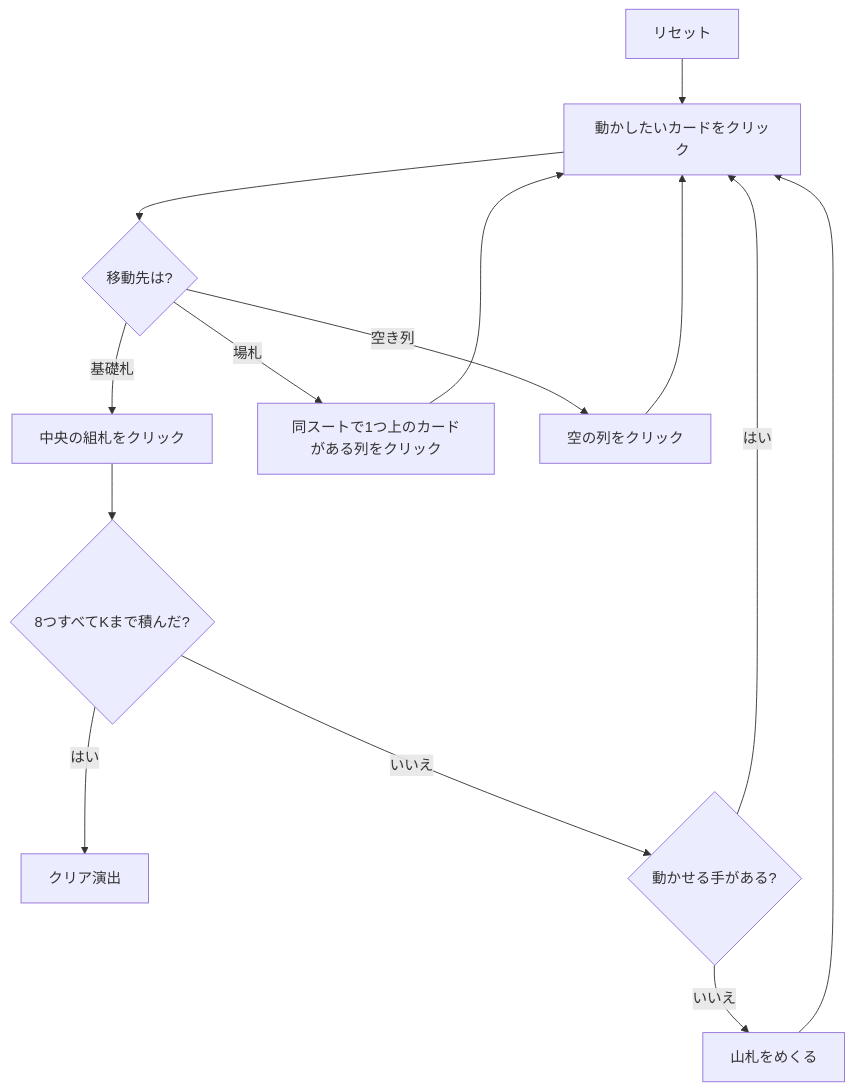
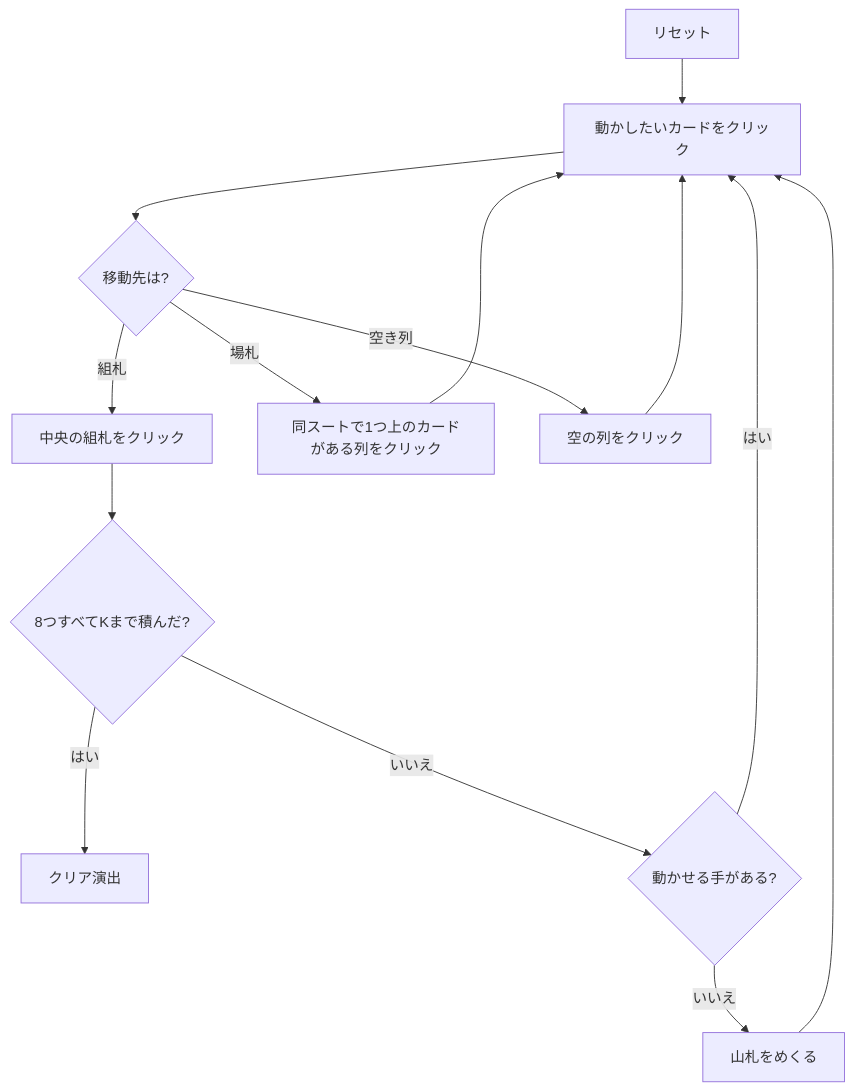
Before and after one commit to yuta-yoshinaga/go_trumpcards: the diagram in docs/manual/web/napoleonssquare.md, drawn with Mermaid. The commit also changed other lines of this file and 49 other files, not shown here.

````diff
--- a/docs/manual/web/napoleonssquare.md
+++ b/docs/manual/web/napoleonssquare.md
@@ -31,16 +31,16 @@
 ```mermaid
 flowchart TD
     A[リセット] --> B[動かしたいカードをクリック]
     B --> C{移動先は?}
-    C -- 基礎札 --> D[中央の組札をクリック]
+    C -- 組札 --> D[中央の組札をクリック]
     C -- 場札 --> E[同スートで1つ上のカードがある列をクリック]
     C -- 空き列 --> F[空の列をクリック]
     D --> G{8つすべてKまで積んだ?}
     E --> B
     F --> B
     G -- はい --> H[クリア演出]
     G -- いいえ --> I{動かせる手がある?}
     I -- はい --> B
     I -- いいえ --> J[山札をめくる]
     J --> B
 ```
````
